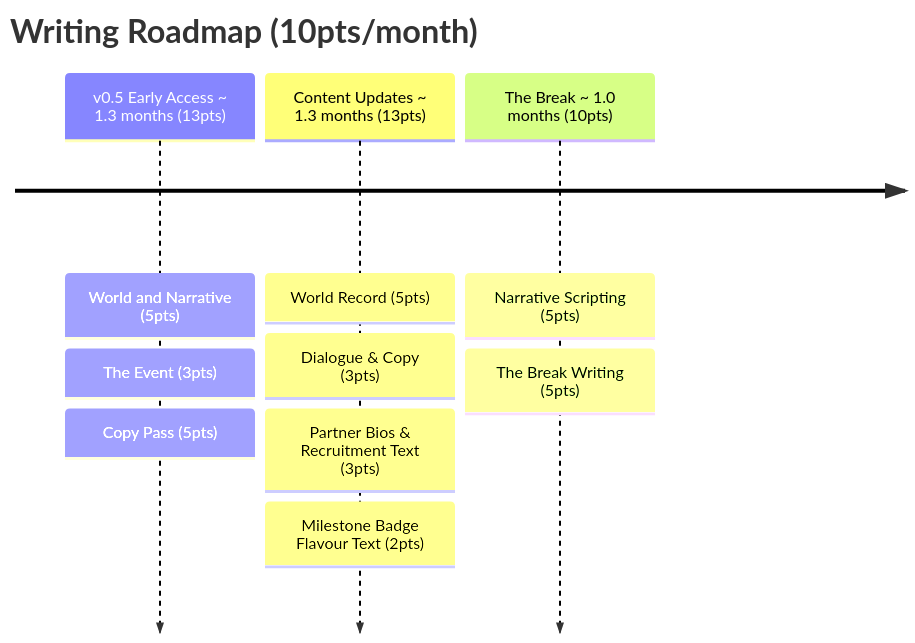
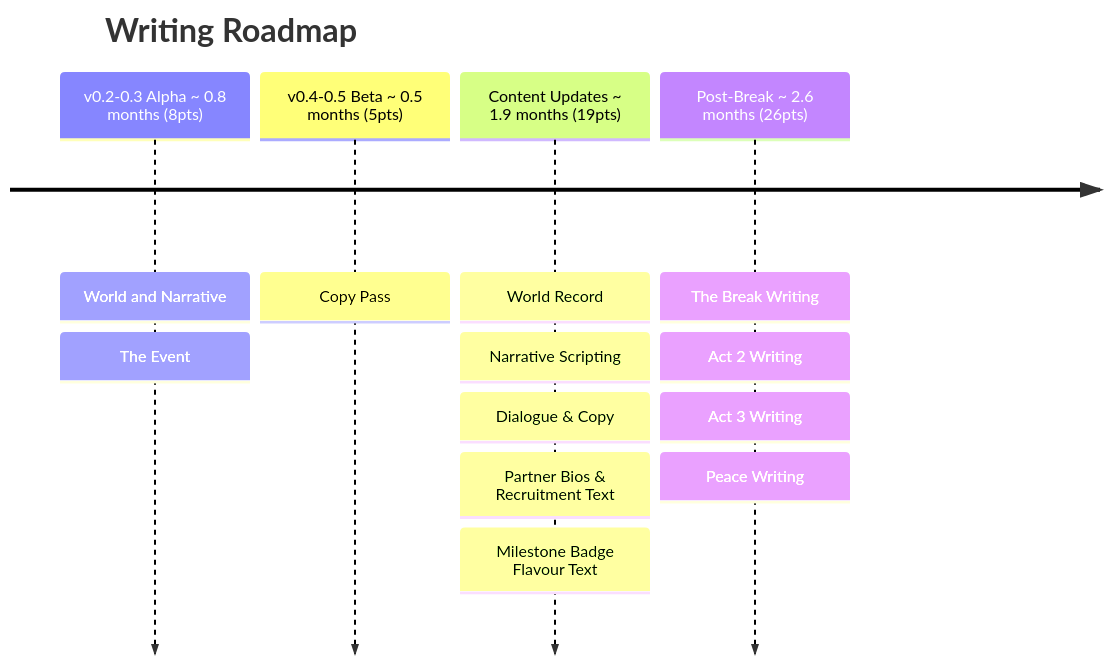
The diagram in designs/roadmaps/roadmap-writing.md (shuck-dev/volley), drawn with Mermaid before and after one commit. The commit also changed other lines of this file and 7 other files, not shown here.

Commit message:
docs: added post break and moved stuff around

````diff
--- a/designs/roadmaps/roadmap-writing.md
+++ b/designs/roadmaps/roadmap-writing.md
@@ -3,19 +3,24 @@
 ```mermaid
 timeline
-    title Writing Roadmap (10pts/month)
+    title Writing Roadmap
 
-    v0.5 Early Access ~ 1.3 months (13pts)
-        : World and Narrative (5pts)
-        : The Event (3pts)
-        : Copy Pass (5pts)
+    v0.2-0.3 Alpha ~ 0.8 months (8pts)
+        : World and Narrative
+        : The Event
 
-    Content Updates ~ 1.3 months (13pts)
-        : World Record (5pts)
-        : Dialogue & Copy (3pts)
-        : Partner Bios & Recruitment Text (3pts)
-        : Milestone Badge Flavour Text (2pts)
+    v0.4-0.5 Beta ~ 0.5 months (5pts)
+        : Copy Pass
 
-    The Break ~ 1.0 months (10pts)
-        : Narrative Scripting (5pts)
-        : The Break Writing (5pts)
+    Content Updates ~ 1.9 months (19pts)
+        : World Record
+        : Narrative Scripting
+        : Dialogue & Copy
+        : Partner Bios & Recruitment Text
+        : Milestone Badge Flavour Text
+
+    Post-Break ~ 2.6 months (26pts)
+        : The Break Writing
+        : Act 2 Writing
+        : Act 3 Writing
+        : Peace Writing
 ```
````
